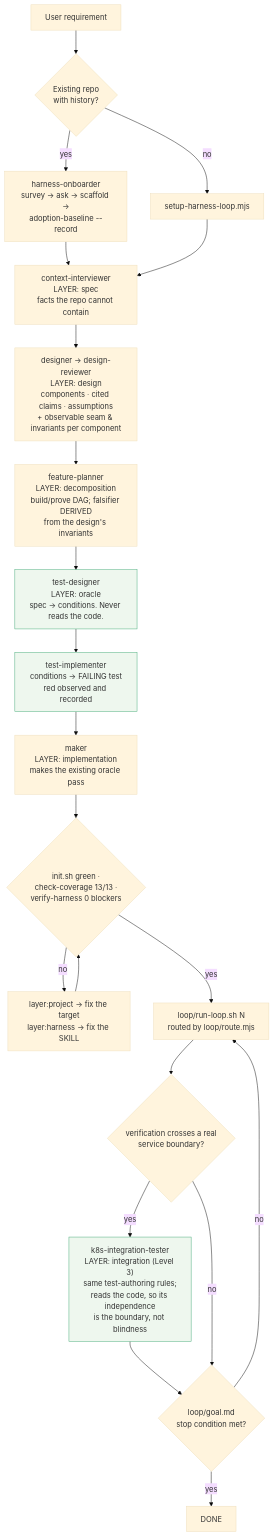
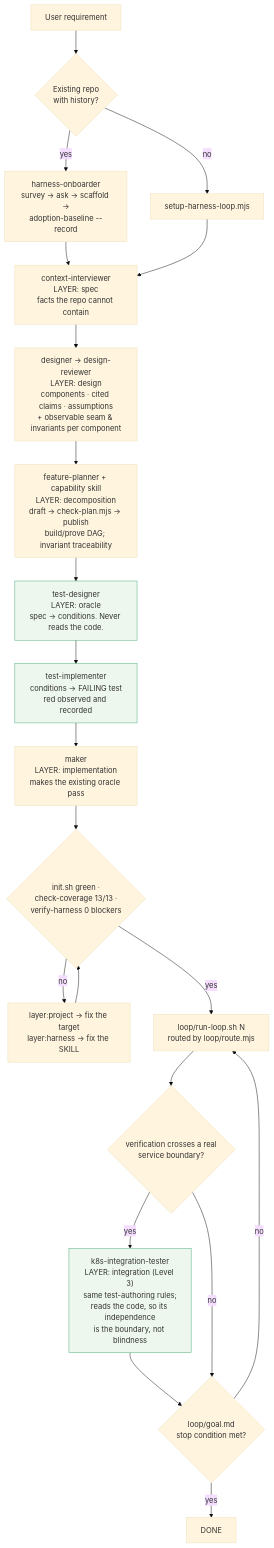
The first of 4 diagrams in harness-loop/references/workflow-diagram.md (truonghedspi/harness), drawn with Mermaid (base theme) before and after one commit. The commit also changed 23 other files, not shown here.

Commit message:
planner: package decomposition as a checked capability

````diff
--- a/harness-loop/references/workflow-diagram.md
+++ b/harness-loop/references/workflow-diagram.md
@@ -14,25 +14,25 @@
 ```mermaid
 flowchart TD
     A["User requirement"] --> ADOPT{"Existing repo\nwith history?"}
     ADOPT -- yes --> ON["harness-onboarder\nsurvey → ask → scaffold →\nadoption-baseline --record"]
     ADOPT -- no --> B["setup-harness-loop.mjs"]
     ON --> CI
     B --> CI["context-interviewer\nLAYER: spec\nfacts the repo cannot contain"]
     CI --> DS["designer → design-reviewer\nLAYER: design\ncomponents · cited claims · assumptions\n+ observable seam & invariants per component"]
-    DS --> FP["feature-planner\nLAYER: decomposition\nbuild/prove DAG; falsifier DERIVED\nfrom the design's invariants"]
+    DS --> FP["feature-planner + capability skill\nLAYER: decomposition\ndraft → check-plan.mjs → publish\nbuild/prove DAG; invariant traceability"]
     FP --> TD["test-designer\nLAYER: oracle\nspec → conditions. Never reads the code."]
     TD --> TI["test-implementer\nconditions → FAILING test\nred observed and recorded"]
     TI --> MK["maker\nLAYER: implementation\nmakes the existing oracle pass"]
     MK --> GATES{"init.sh green ·\ncheck-coverage 13/13 ·\nverify-harness 0 blockers"}
     GATES -- no --> FIX["layer:project → fix the target\nlayer:harness → fix the SKILL"]
     FIX --> GATES
     GATES -- yes --> LOOP["loop/run-loop.sh N\nrouted by loop/route.mjs"]
     LOOP --> K8S{"verification crosses a real\nservice boundary?"}
     K8S -- yes --> KT["k8s-integration-tester\nLAYER: integration (Level 3)\nsame test-authoring rules;\nreads the code, so its independence\nis the boundary, not blindness"]
     KT --> STOP
     K8S -- no --> STOP{"loop/goal.md\nstop condition met?"}
     STOP -- no --> LOOP
     STOP -- yes --> I["DONE"]
     classDef oracle fill:#eef7ee,stroke:#4a7
     class TD,TI,KT oracle
 ```
````
